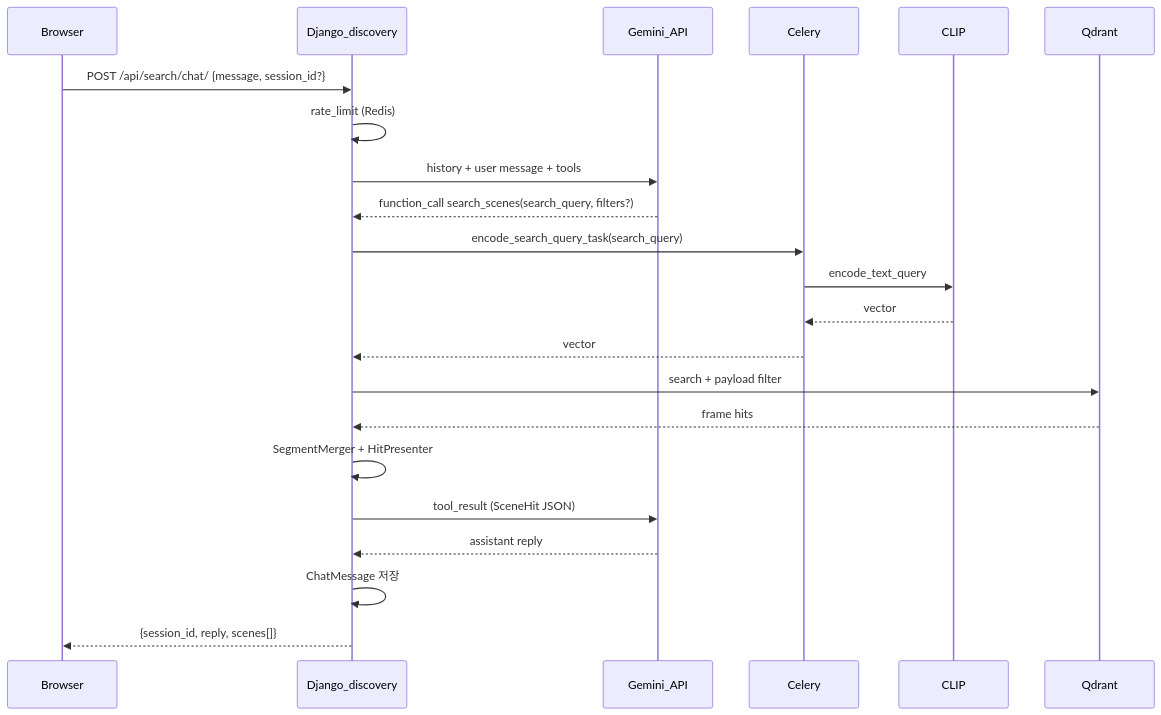
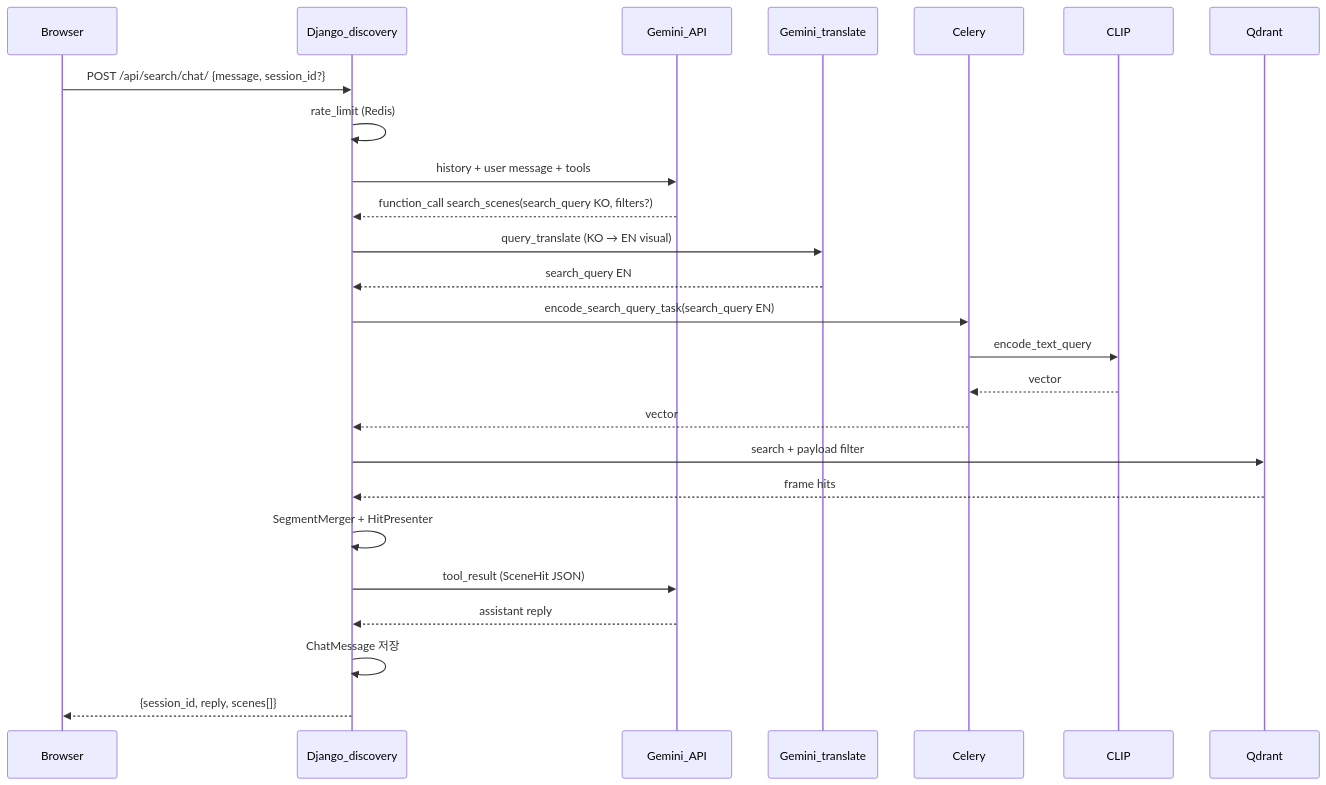
Before and after one commit to DSeung001/anime_search: the diagram in docs/HANDOVER_DISCOVERY.md, drawn with Mermaid. The commit also changed other lines of this file and 38 other files, not shown here.

````diff
--- a/docs/HANDOVER_DISCOVERY.md
+++ b/docs/HANDOVER_DISCOVERY.md
@@ -13,25 +13,28 @@
 ```mermaid
 sequenceDiagram
   participant Browser
   participant Django as Django_discovery
   participant Gemini as Gemini_API
+  participant Translate as Gemini_translate
   participant Celery
   participant CLIP
   participant Qdrant
 
   Browser->>Django: POST /api/search/chat/ {message, session_id?}
   Django->>Django: rate_limit (Redis)
   Django->>Gemini: history + user message + tools
-  Gemini-->>Django: function_call search_scenes(search_query, filters?)
-  Django->>Celery: encode_search_query_task(search_query)
+  Gemini-->>Django: function_call search_scenes(search_query KO, filters?)
+  Django->>Translate: query_translate (KO → EN visual)
+  Translate-->>Django: search_query EN
+  Django->>Celery: encode_search_query_task(search_query EN)
   Celery->>CLIP: encode_text_query
   CLIP-->>Celery: vector
   Celery-->>Django: vector
   Django->>Qdrant: search + payload filter
   Qdrant-->>Django: frame hits
   Django->>Django: SegmentMerger + HitPresenter
   Django->>Gemini: tool_result (SceneHit JSON)
   Gemini-->>Django: assistant reply
   Django->>Django: ChatMessage 저장
   Django-->>Browser: {session_id, reply, scenes[]}
 ```
````
